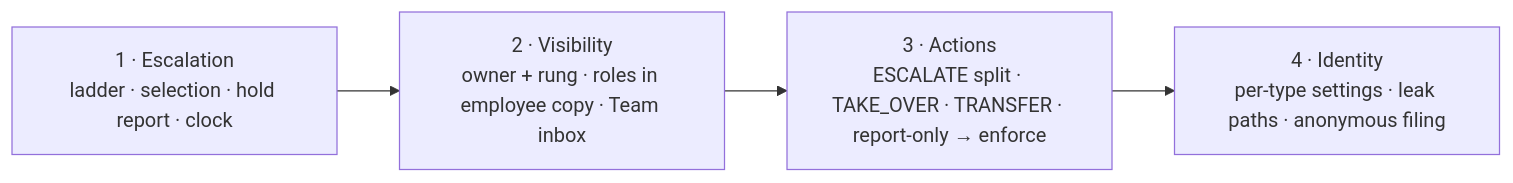
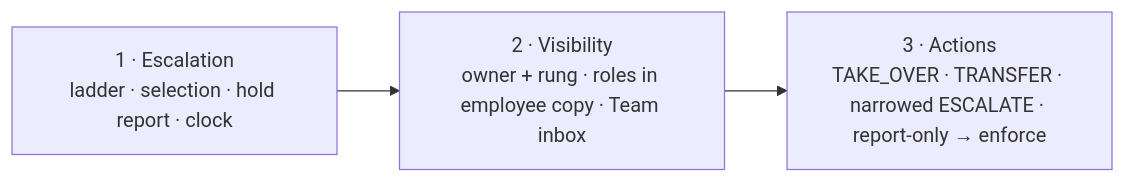
The fifth of 5 diagrams in docs/design/complaint-escalation-and-access.md (egovernments/Citizen-Complaint-Resolution-System), drawn with Mermaid before and after one commit. The commit also changed other lines of this file, not shown here.

````diff
--- a/docs/design/complaint-escalation-and-access.md
+++ b/docs/design/complaint-escalation-and-access.md
@@ -156,6 +156,5 @@
 ```mermaid
 flowchart LR
   P1["1 · Escalation<br/>ladder · selection · hold report · clock"] --> P2["2 · Visibility<br/>owner + rung · roles in employee copy · Team inbox"]
-  P2 --> P3["3 · Actions<br/>ESCALATE split · TAKE_OVER · TRANSFER · report-only → enforce"]
-  P3 --> P4["4 · Identity<br/>per-type settings · leak paths · anonymous filing"]
+  P2 --> P3["3 · Actions<br/>TAKE_OVER · TRANSFER · narrowed ESCALATE · report-only → enforce"]
 ```
````
